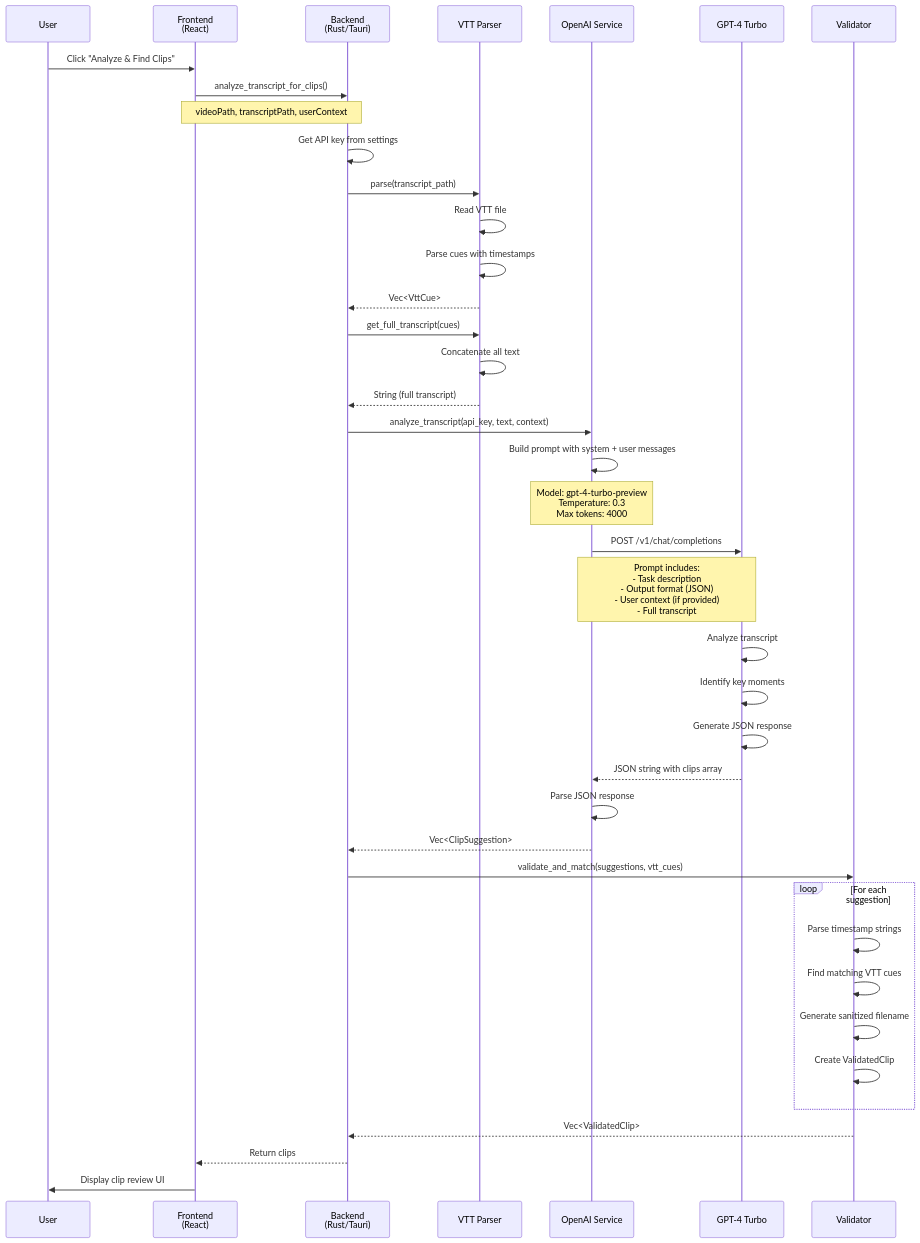
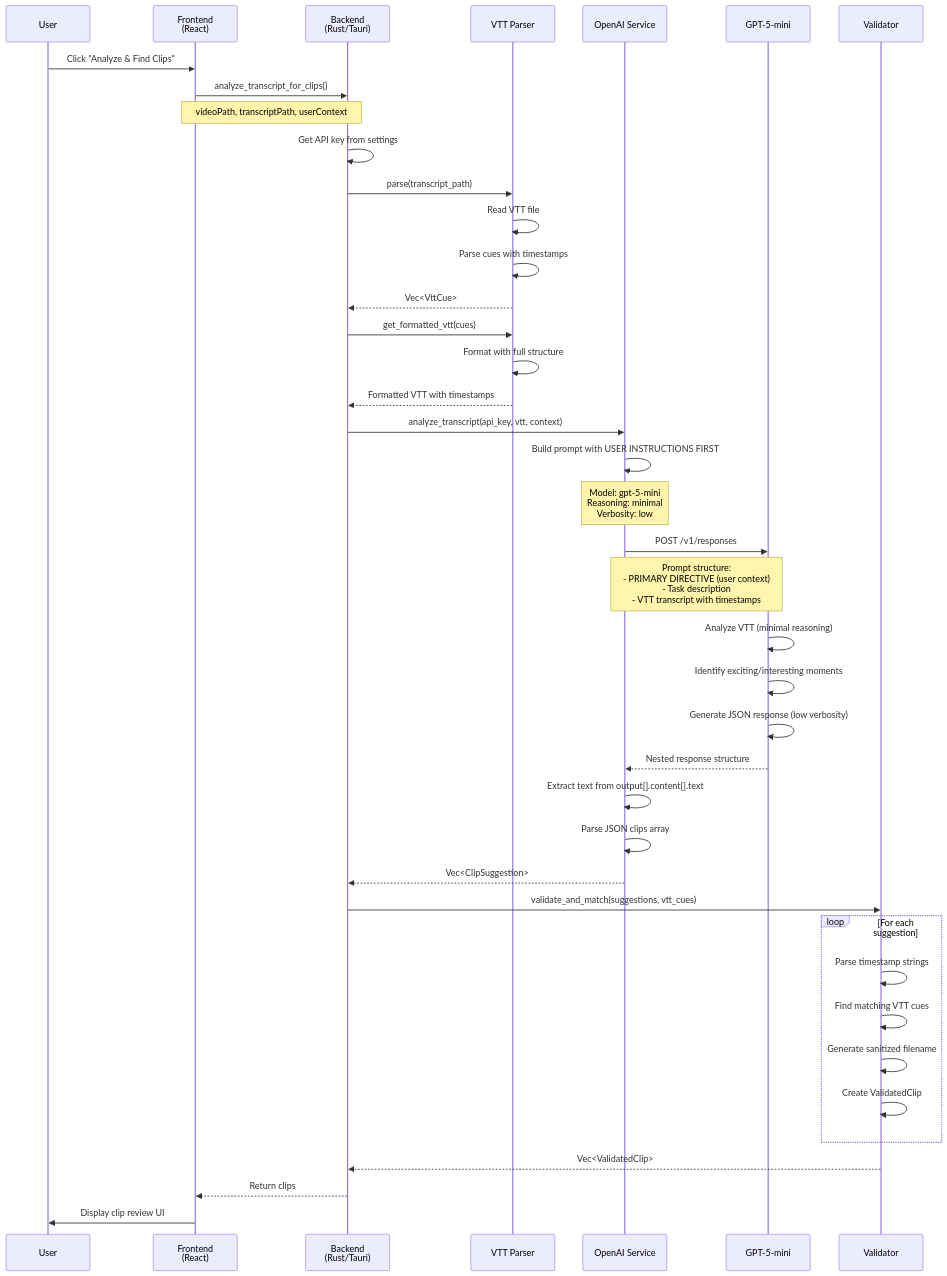
The second of 6 diagrams in docs/CLIP_SELECTION_ARCHITECTURE.md (williamrthomas/clipscribe), drawn with Mermaid before and after one commit. The commit also changed other lines of this file and 2 other files, not shown here.

First line of the commit message:
docs: Update all documentation to reflect GPT-5-mini migration

````diff
--- a/docs/CLIP_SELECTION_ARCHITECTURE.md
+++ b/docs/CLIP_SELECTION_ARCHITECTURE.md
@@ -32,51 +32,52 @@
 ```mermaid
 sequenceDiagram
     participant U as User
     participant FE as Frontend<br/>(React)
     participant BE as Backend<br/>(Rust/Tauri)
     participant VTT as VTT Parser
     participant AI as OpenAI Service
-    participant GPT as GPT-4 Turbo
+    participant GPT as GPT-5-mini
     participant Val as Validator
     
     U->>FE: Click "Analyze & Find Clips"
     FE->>BE: analyze_transcript_for_clips()
     Note over FE,BE: videoPath, transcriptPath, userContext
     
     BE->>BE: Get API key from settings
     BE->>VTT: parse(transcript_path)
     VTT->>VTT: Read VTT file
     VTT->>VTT: Parse cues with timestamps
     VTT-->>BE: Vec<VttCue>
     
-    BE->>VTT: get_full_transcript(cues)
-    VTT->>VTT: Concatenate all text
-    VTT-->>BE: String (full transcript)
+    BE->>VTT: get_formatted_vtt(cues)
+    VTT->>VTT: Format with full structure
+    VTT-->>BE: Formatted VTT with timestamps
     
-    BE->>AI: analyze_transcript(api_key, text, context)
-    AI->>AI: Build prompt with system + user messages
-    Note over AI: Model: gpt-4-turbo-preview<br/>Temperature: 0.3<br/>Max tokens: 4000
+    BE->>AI: analyze_transcript(api_key, vtt, context)
+    AI->>AI: Build prompt with USER INSTRUCTIONS FIRST
+    Note over AI: Model: gpt-5-mini<br/>Reasoning: minimal<br/>Verbosity: low
     
-    AI->>GPT: POST /v1/chat/completions
-    Note over AI,GPT: Prompt includes:<br/>- Task description<br/>- Output format (JSON)<br/>- User context (if provided)<br/>- Full transcript
+    AI->>GPT: POST /v1/responses
+    Note over AI,GPT: Prompt structure:<br/>- PRIMARY DIRECTIVE (user context)<br/>- Task description<br/>- VTT transcript with timestamps
     
-    GPT->>GPT: Analyze transcript
-    GPT->>GPT: Identify key moments
-    GPT->>GPT: Generate JSON response
-    GPT-->>AI: JSON string with clips array
+    GPT->>GPT: Analyze VTT (minimal reasoning)
+    GPT->>GPT: Identify exciting/interesting moments
+    GPT->>GPT: Generate JSON response (low verbosity)
+    GPT-->>AI: Nested response structure
     
-    AI->>AI: Parse JSON response
+    AI->>AI: Extract text from output[].content[].text
+    AI->>AI: Parse JSON clips array
     AI-->>BE: Vec<ClipSuggestion>
     
     BE->>Val: validate_and_match(suggestions, vtt_cues)
     loop For each suggestion
         Val->>Val: Parse timestamp strings
         Val->>Val: Find matching VTT cues
         Val->>Val: Generate sanitized filename
         Val->>Val: Create ValidatedClip
     end
     Val-->>BE: Vec<ValidatedClip>
     
     BE-->>FE: Return clips
     FE->>U: Display clip review UI
 ```
````
